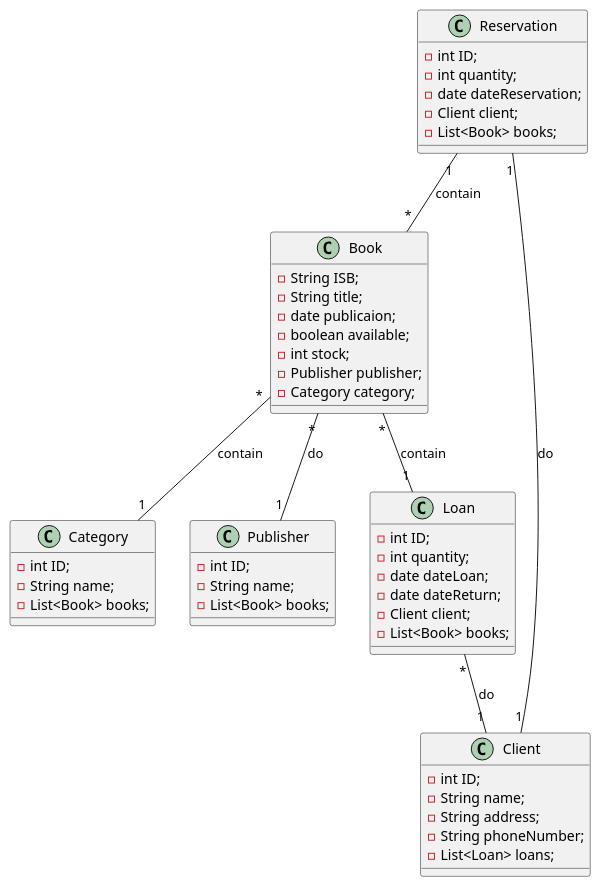
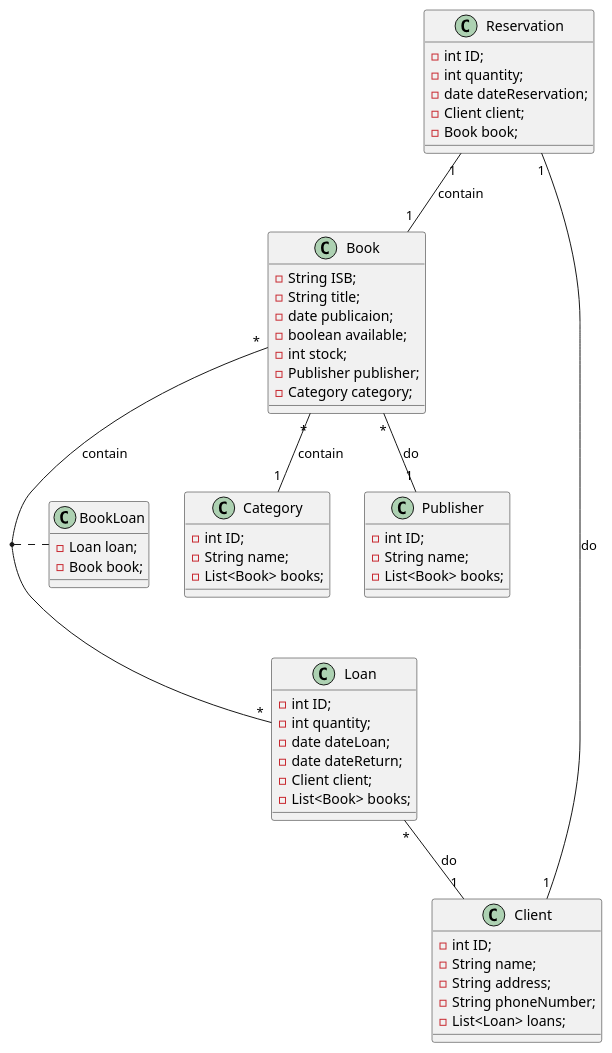
One commit to Juan-J-Barraza/LibraTech changed the diagram in src/co/edu/unicolombo/s3/poo/inventory/library/Docs/diagrams.puml. Above: the diagram before and after it, drawn with PlantUML. The commit also changed 206 other files, not shown here.

```diff
--- a/src/co/edu/unicolombo/s3/poo/inventory/library/Docs/diagrams.puml
+++ b/src/co/edu/unicolombo/s3/poo/inventory/library/Docs/diagrams.puml
@@ -1,70 +1,75 @@
 @startuml ""
 
 
 class Book {
     - String ISB;
     - String title;
     - date publicaion;
     - boolean available;
     - int stock;
     - Publisher publisher;
     - Category category;
 }
 
 
 
 class Category {
     - int ID;
     - String name;
     - List<Book> books;
 }
 
 
 class Publisher {
     - int ID;
     - String name;
     - List<Book> books;
 }
 
 
 class Client {
     - int ID;
     - String name;
     - String address;
     - String phoneNumber;
     - List<Loan> loans;
 
 }
 
 class Loan {
     - int ID;
     - int quantity;
     - date dateLoan;
     - date dateReturn;
     - Client client;
     - List<Book> books;
 
 }
 
 class Reservation {
     - int ID;
     - int quantity;
     - date dateReservation;
     - Client client;
-    - List<Book> books;
+    - Book book;
 }
 
+class BookLoan {
+    - Loan loan;
+    - Book book;
+}
 
 
 ' relatioships
 
 Book "*" -- "1" Publisher: do
 Book "*" -- "1" Category: contain
-Book "*" -- "1" Loan: contain
+Book "*" -- "*" Loan: contain
+(Book, Loan) .. BookLoan
 Loan "*" -- "1" Client: do
 Reservation "1" -- "1" Client: do
-Reservation "1" -- "*" Book: contain
+Reservation "1" -- "1" Book: contain
 
 
 
 @enduml
```
